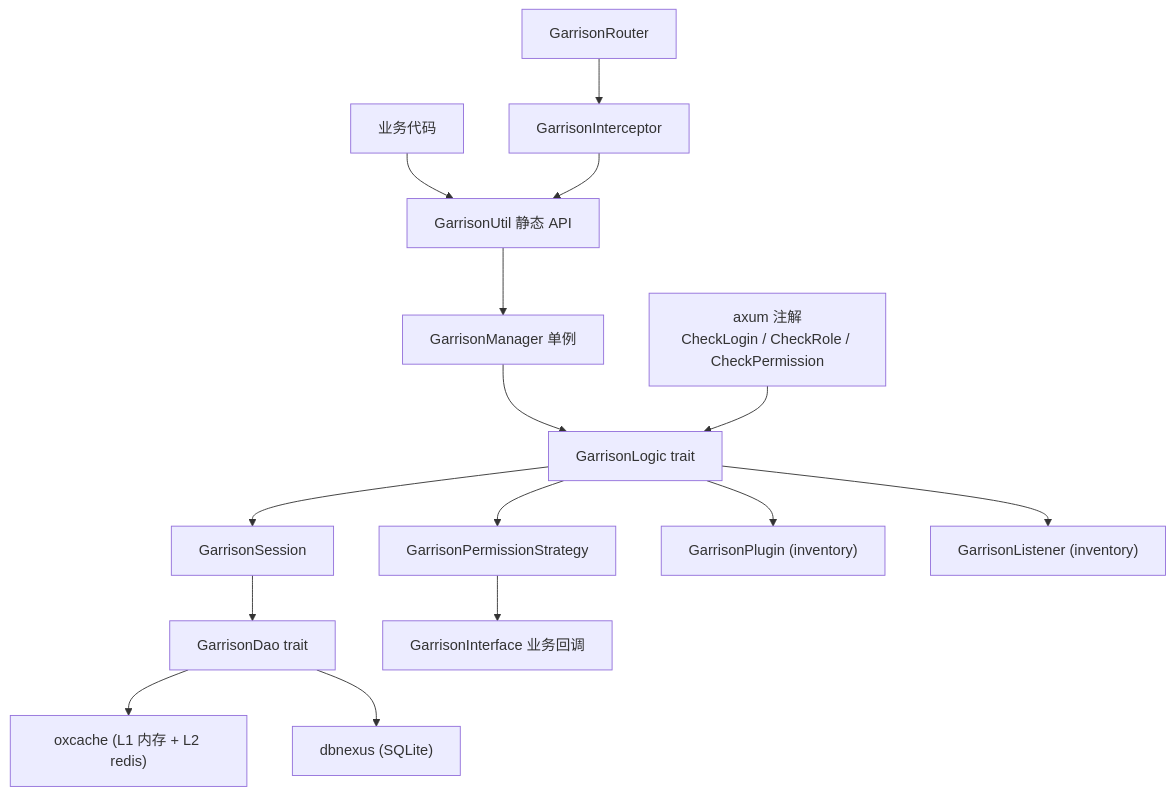
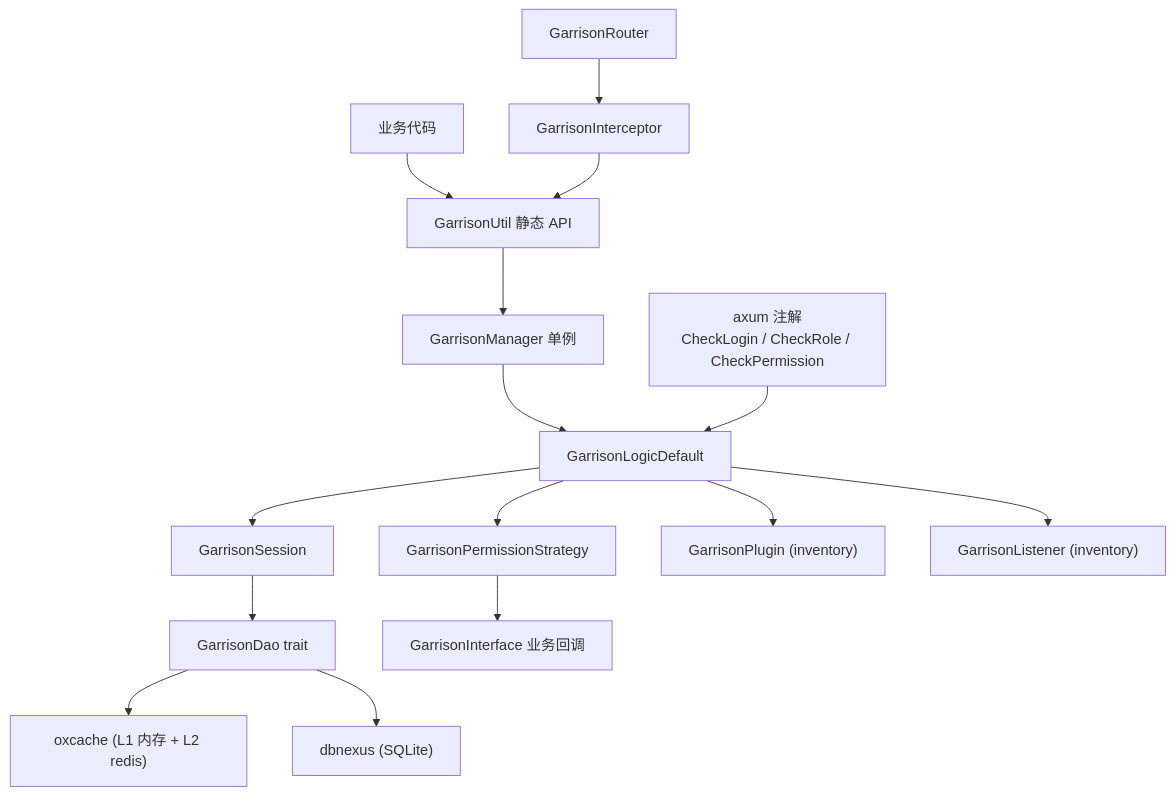
Before and after one commit to Kirky-X/garrison: the diagram in README.md, drawn with Mermaid. The commit also changed other lines of this file and 10 other files, not shown here.

````diff
--- a/README.md
+++ b/README.md
@@ -148,17 +148,17 @@
 ```mermaid
 graph TD
     User["业务代码"] --> Util["GarrisonUtil 静态 API"]
     Util --> Manager["GarrisonManager 单例"]
-    Manager --> Logic["GarrisonLogic trait"]
+    Manager -->     Logic["GarrisonLogicDefault"]
     Logic --> Session["GarrisonSession"]
     Logic --> Strategy["GarrisonPermissionStrategy"]
     Session --> Dao["GarrisonDao trait"]
     Strategy --> Interface["GarrisonInterface 业务回调"]
     Dao --> Oxcache["oxcache (L1 内存 + L2 redis)"]
     Dao --> Dbnexus["dbnexus (SQLite)"]
     Logic --> Plugin["GarrisonPlugin (inventory)"]
     Logic --> Listener["GarrisonListener (inventory)"]
     Annotation["axum 注解<br/>CheckLogin / CheckRole / CheckPermission"] --> Logic
     Router["GarrisonRouter"] --> Interceptor["GarrisonInterceptor"]
     Interceptor --> Util
 ```
````
